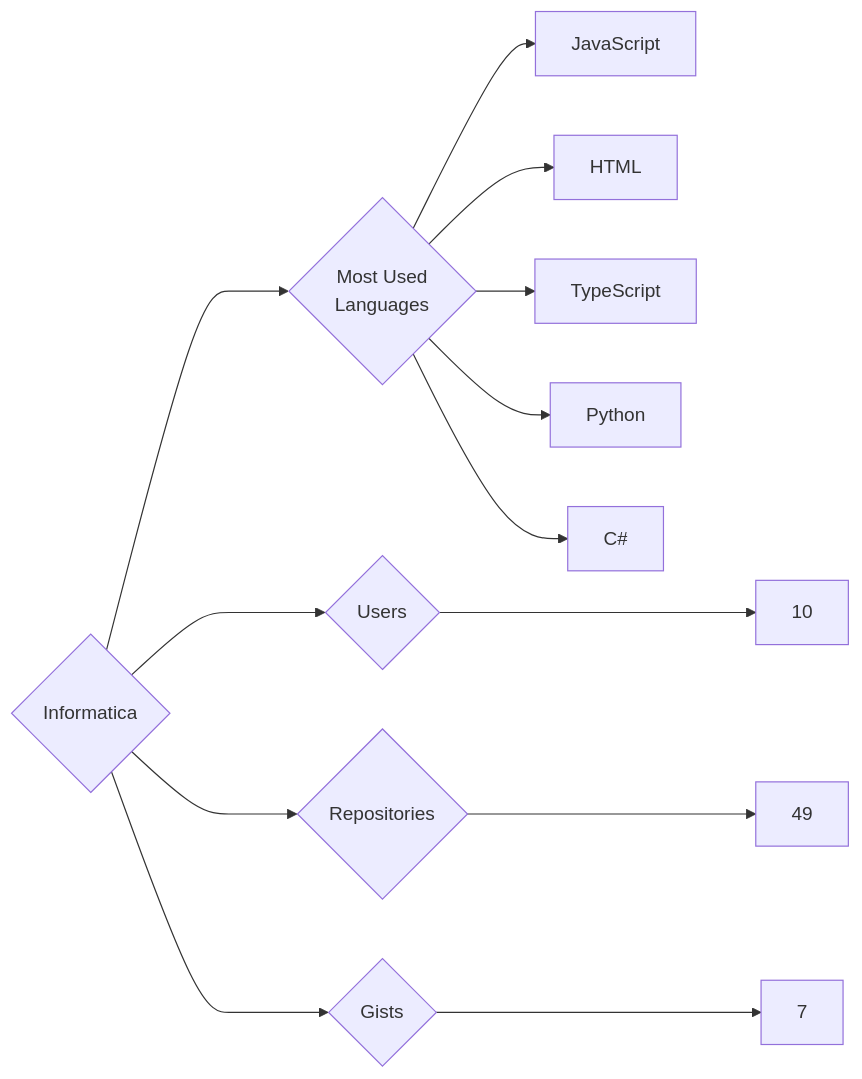
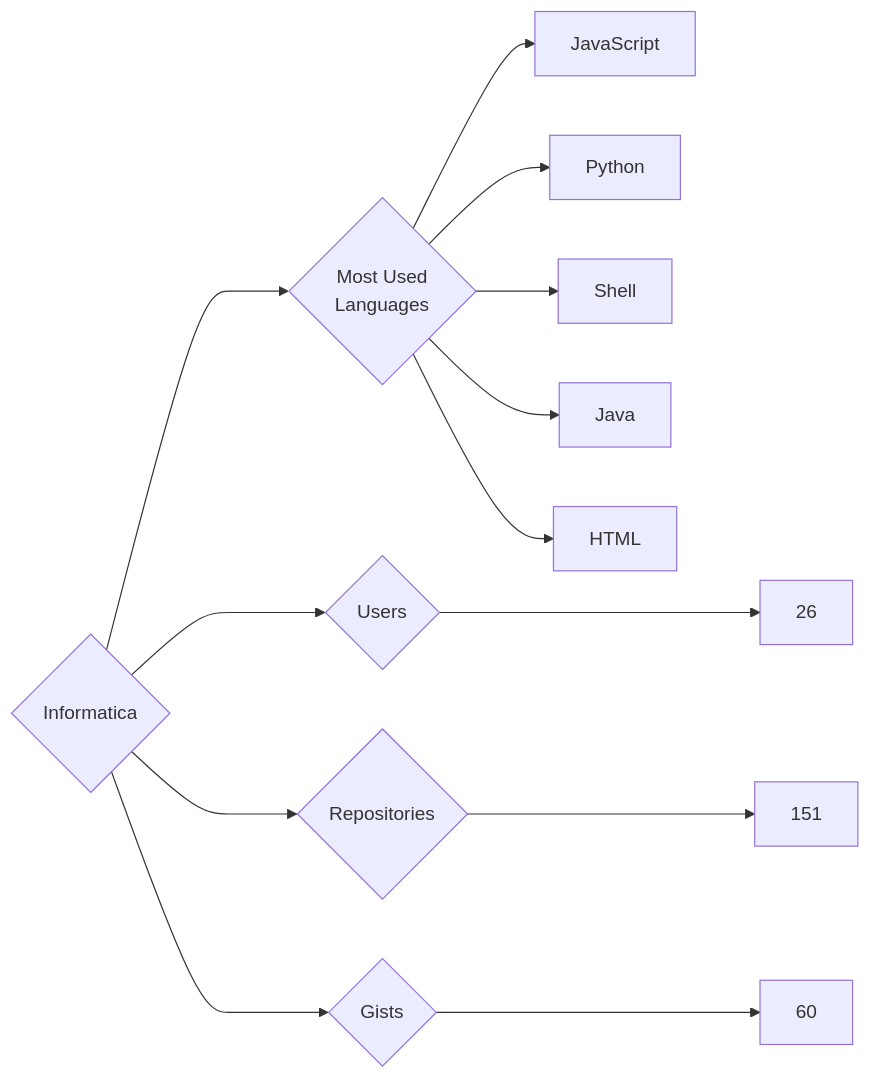
The diagram in targets/Informatica/README.md (trickest/insiders), drawn with Mermaid before and after one commit. The commit also changed 944 other files, not shown here.

````diff
--- a/targets/Informatica/README.md
+++ b/targets/Informatica/README.md
@@ -3,13 +3,13 @@
 ```mermaid
 graph LR
 COMPANY_NAME{Informatica}
-COMPANY_NAME ---> U{Users} ---> UN[10]
-COMPANY_NAME ---> R{Repositories} ---> RN[49]
-COMPANY_NAME ---> G{Gists} ---> GN[7]
+COMPANY_NAME ---> U{Users} ---> UN[26]
+COMPANY_NAME ---> R{Repositories} ---> RN[151]
+COMPANY_NAME ---> G{Gists} ---> GN[60]
 COMPANY_NAME ---> ML{Most Used<br>Languages}
 ML --> JavaScript[JavaScript]
+ML --> Python[Python]
+ML --> Shell[Shell]
+ML --> Java[Java]
 ML --> HTML[HTML]
-ML --> TypeScript[TypeScript]
-ML --> Python[Python]
-ML --> C#[C#]
 ```
````
